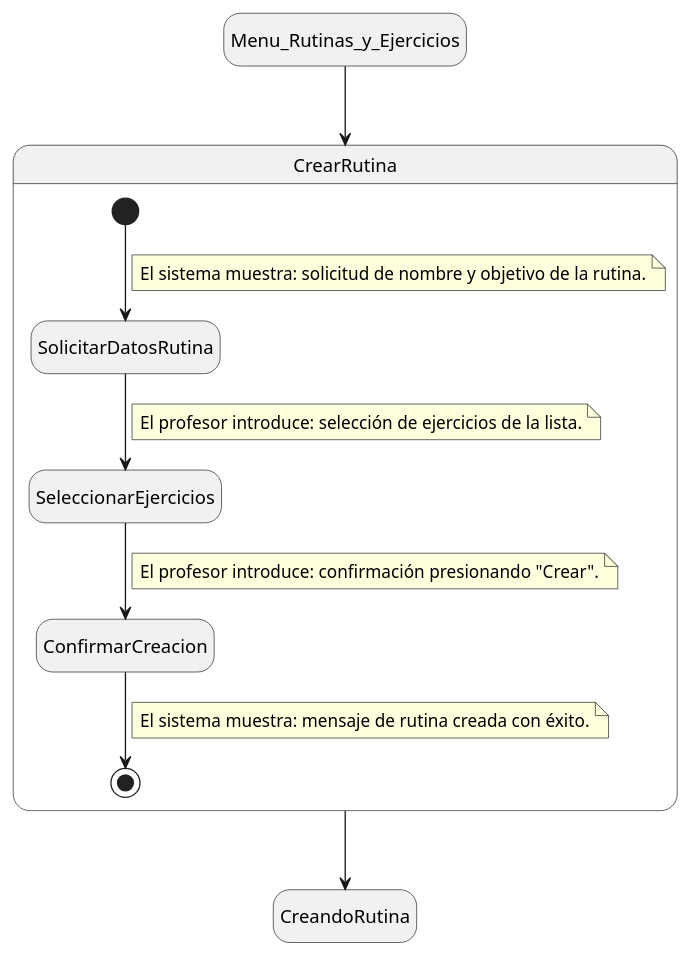
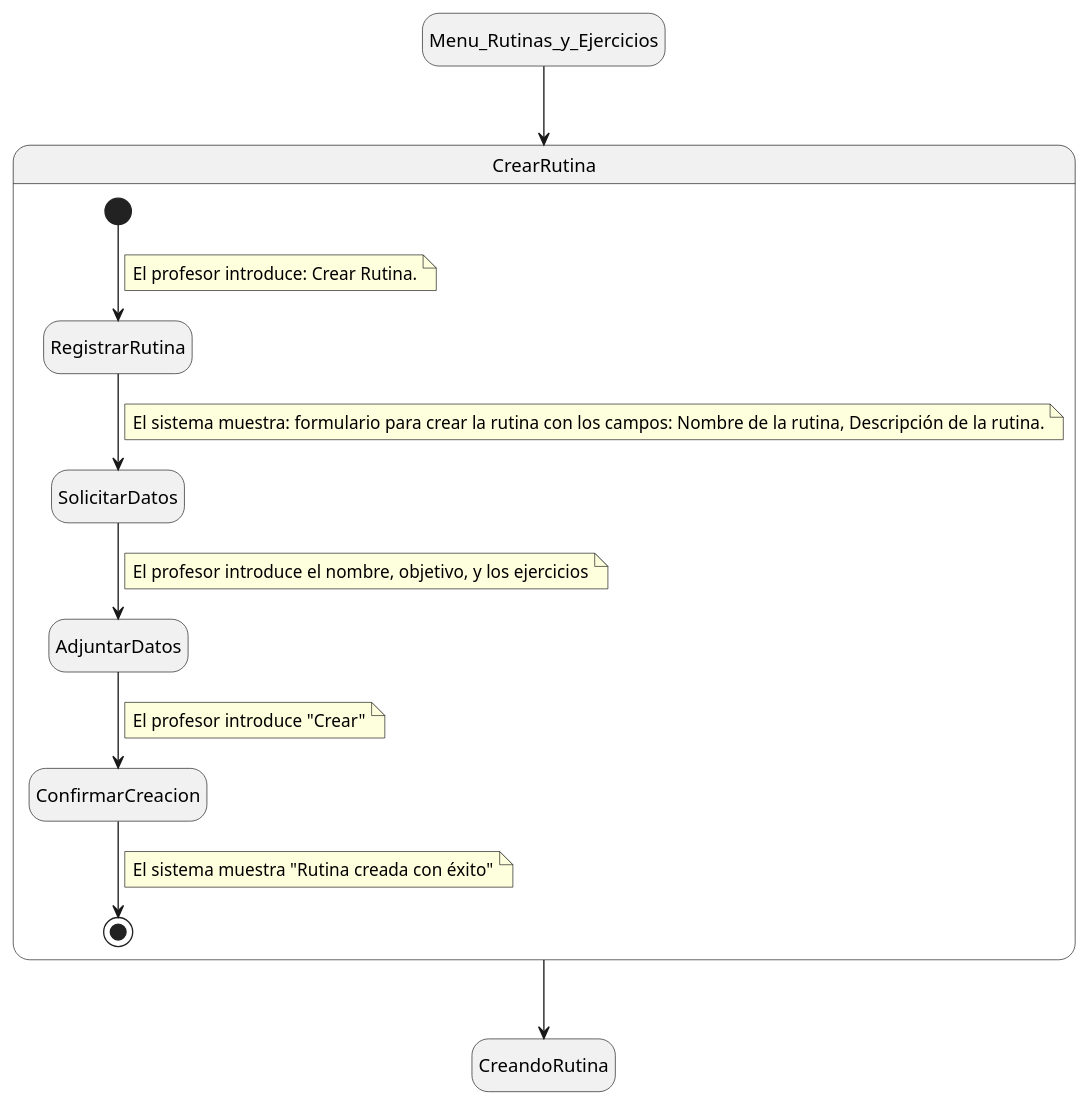
The diagram in Documentos/DetallarCasosDeUso/Profesor/CrearRutina.puml (mmasias/24-25-IdSw1-SDR), drawn with PlantUML before and after one commit. The commit also changed 1 other file, not shown here.

Commit message:
Crear Rutina

```diff
--- a/Documentos/DetallarCasosDeUso/Profesor/CrearRutina.puml
+++ b/Documentos/DetallarCasosDeUso/Profesor/CrearRutina.puml
@@ -1,32 +1,33 @@
 @startuml CrearRutina
 
 hide empty description
 
 state Menu_Rutinas_y_Ejercicios
 state CreandoRutina
 state CrearRutina {
-  [*] --> SolicitarDatosRutina
+  [*] --> RegistrarRutina
   note on link
-      El sistema muestra: solicitud de nombre y objetivo de la rutina.
+      El profesor introduce: Crear Rutina.
   end note
-
-  SolicitarDatosRutina --> SeleccionarEjercicios
-  note on link
-      El profesor introduce: selección de ejercicios de la lista.
-  end note
-
-  SeleccionarEjercicios --> ConfirmarCreacion
-  note on link
-      El profesor introduce: confirmación presionando "Crear".
-  end note
-
-  ConfirmarCreacion --> [*]
-  note on link
-      El sistema muestra: mensaje de rutina creada con éxito.
-  end note
+  RegistrarRutina --> SolicitarDatos
+    note on link
+        El sistema muestra: formulario para crear la rutina con los campos: Nombre de la rutina, Descripción de la rutina.
+    end note
+    SolicitarDatos --> AdjuntarDatos
+    note on link
+        El profesor introduce el nombre, objetivo, y los ejercicios
+    end note
+    AdjuntarDatos --> ConfirmarCreacion
+    note on link
+        El profesor introduce "Crear"
+    end note
+    ConfirmarCreacion --> [*]
+    note on link
+        El sistema muestra "Rutina creada con éxito"
+    end note
 }
 
 Menu_Rutinas_y_Ejercicios --> CrearRutina
 CrearRutina --> CreandoRutina
 
 @enduml
```
